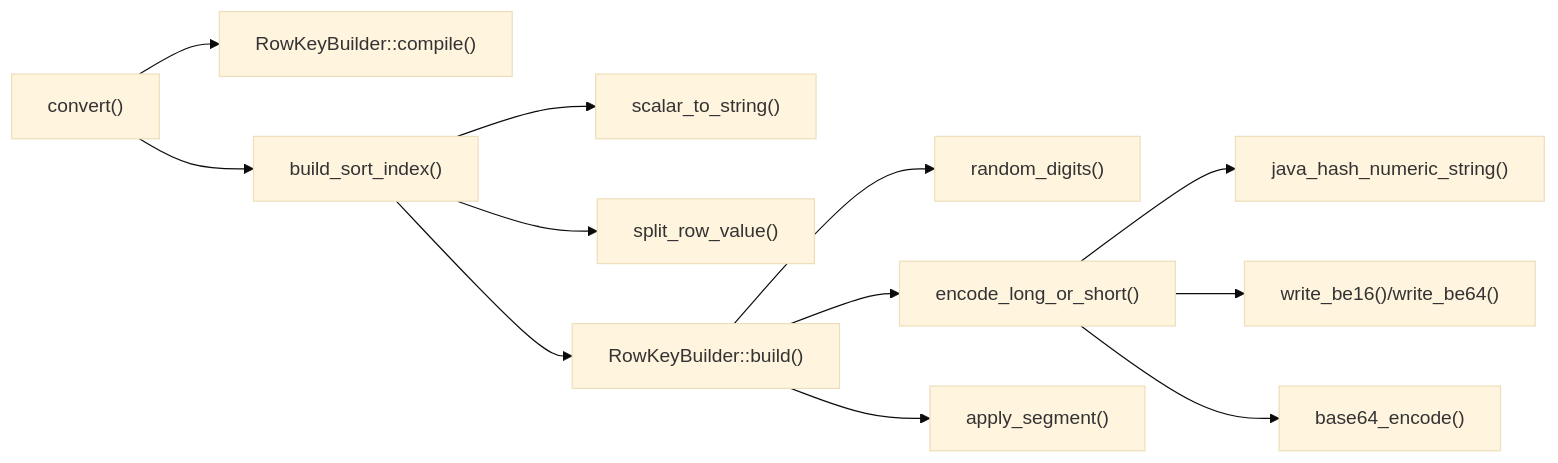
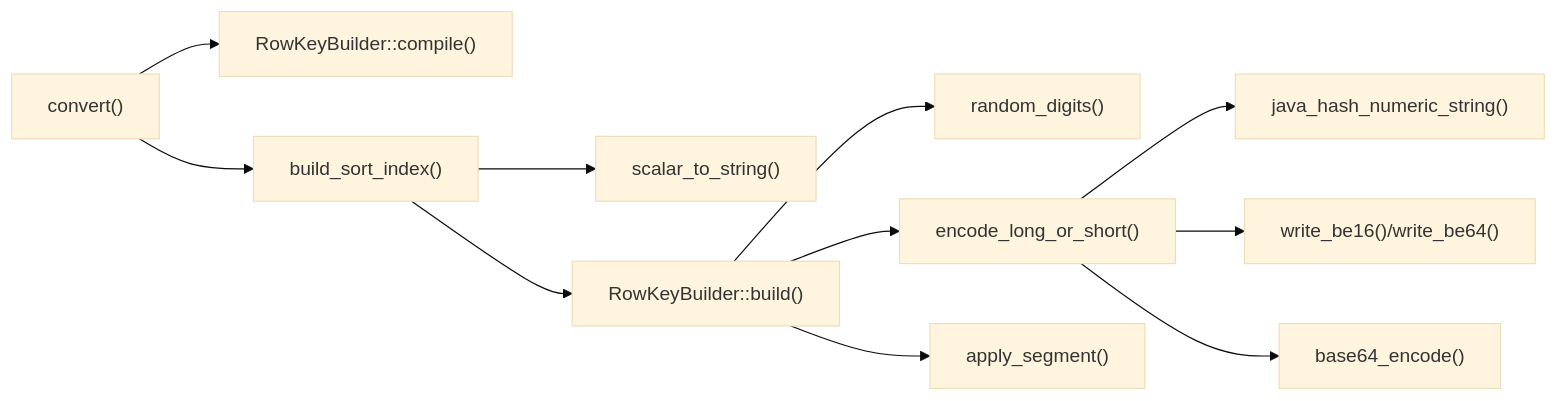
The second of 2 diagrams in DESIGN.md (gauss1314/HFileSDK), drawn with Mermaid (base theme) before and after one commit. The commit also changed other lines of this file and 16 other files, not shown here.

````diff
--- a/DESIGN.md
+++ b/DESIGN.md
@@ -411,14 +405,13 @@
 ```mermaid
 flowchart LR
     A["convert()"] --> B["RowKeyBuilder::compile()"]
     A --> C["build_sort_index()"]
     C --> D["scalar_to_string()"]
-    C --> E["split_row_value()"]
     C --> F["RowKeyBuilder::build()"]
     F --> G["random_digits()"]
     F --> H["encode_long_or_short()"]
     F --> I["apply_segment()"]
     H --> J["java_hash_numeric_string()"]
     H --> K["write_be16()/write_be64()"]
     H --> L["base64_encode()"]
 ```
````
